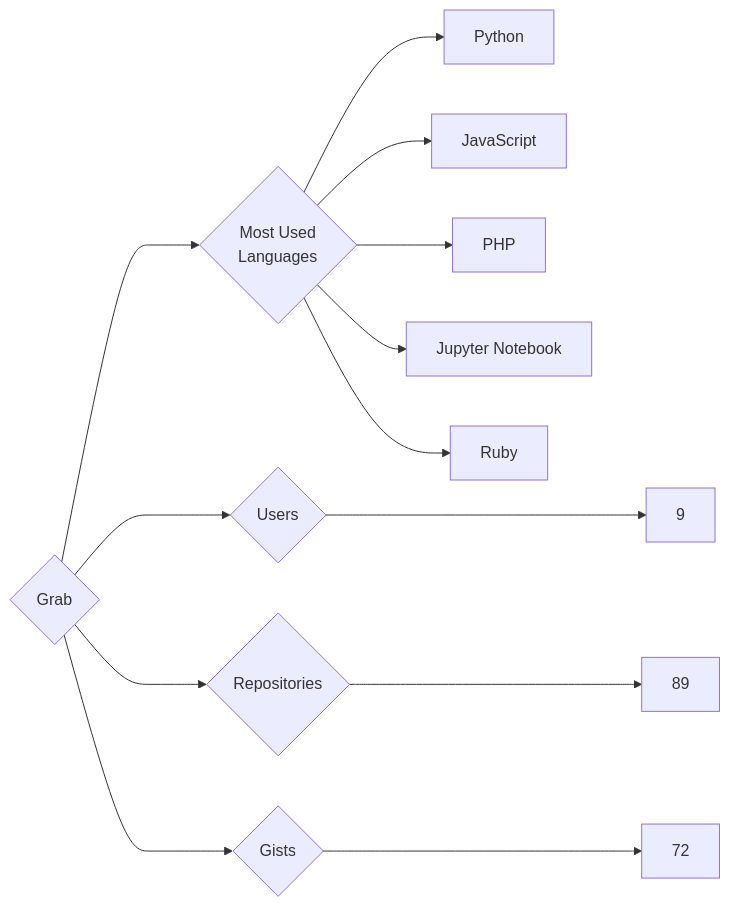
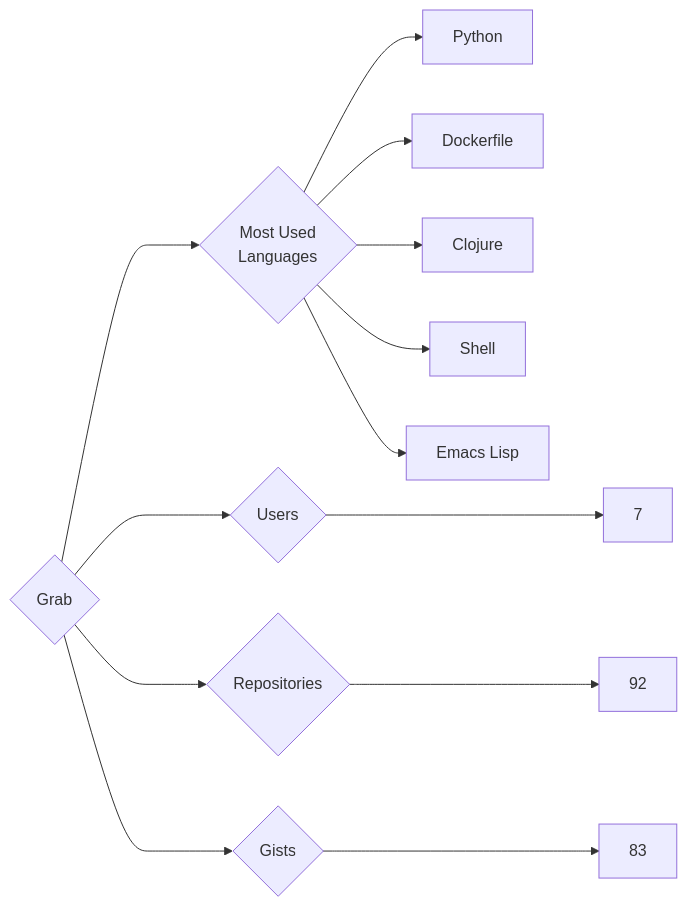
One commit to trickest/insiders changed the diagram in targets/Grab/README.md. Above: the diagram before and after it, drawn with Mermaid. The commit also changed 814 other files, not shown here.

````diff
--- a/targets/Grab/README.md
+++ b/targets/Grab/README.md
@@ -3,13 +3,13 @@
 ```mermaid
 graph LR
 COMPANY_NAME{Grab}
-COMPANY_NAME ---> U{Users} ---> UN[9]
-COMPANY_NAME ---> R{Repositories} ---> RN[89]
-COMPANY_NAME ---> G{Gists} ---> GN[72]
+COMPANY_NAME ---> U{Users} ---> UN[7]
+COMPANY_NAME ---> R{Repositories} ---> RN[92]
+COMPANY_NAME ---> G{Gists} ---> GN[83]
 COMPANY_NAME ---> ML{Most Used<br>Languages}
 ML --> Python[Python]
-ML --> JavaScript[JavaScript]
-ML --> PHP[PHP]
-ML --> Jupyter_Notebook[Jupyter Notebook]
-ML --> Ruby[Ruby]
+ML --> Dockerfile[Dockerfile]
+ML --> Clojure[Clojure]
+ML --> Shell[Shell]
+ML --> Emacs_Lisp[Emacs Lisp]
 ```
````
